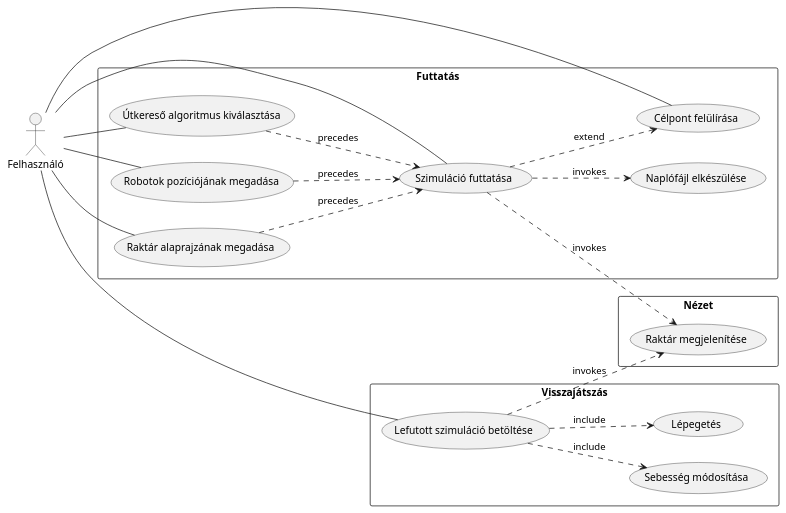
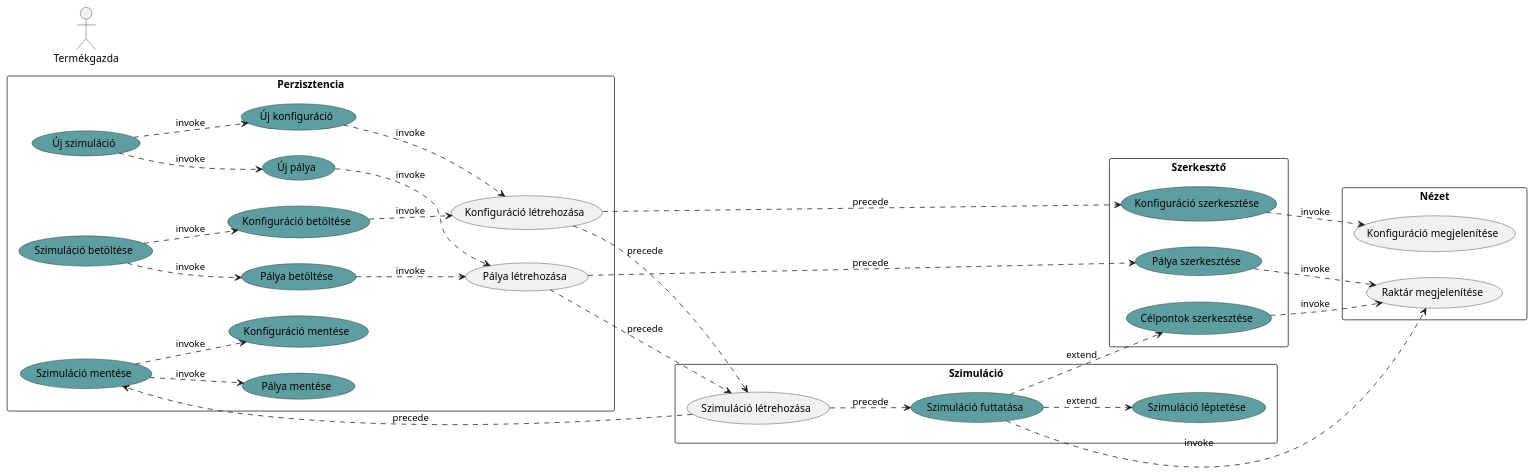
The diagram in uml/usecase.pu (monkeysoop/csapat3), drawn with PlantUML before and after one commit. The commit also changed 16 other files, not shown here.

```diff
--- a/uml/usecase.pu
+++ b/uml/usecase.pu
@@ -1,31 +1,87 @@
 @startuml usecase
 left to right direction
 skinparam monochrome false
-actor U as "Felhasználó"
+actor U as "Termékgazda"
+rectangle Szerkesztő {
+    (Konfiguráció szerkesztése) #CadetBlue
+    (Pálya szerkesztése) #CadetBlue
+    (Célpontok szerkesztése) #CadetBlue
+}
 
-rectangle Futtatás {
-  U -- (Szimuláció futtatása)
-  U -- (Robotok pozíciójának megadása)
-  U -- (Raktár alaprajzának megadása)
-  U -- (Útkereső algoritmus kiválasztása)
-  U - (Célpont felülírása)
+    
+rectangle Perzisztencia {
+    (Szimuláció betöltése) #CadetBlue
+    (Szimuláció mentése) #CadetBlue
+    (Új szimuláció) #CadetBlue
+    
+    (Konfiguráció betöltése) #CadetBlue
+    (Konfiguráció mentése) #CadetBlue
+    (Új konfiguráció) #CadetBlue
 
-  (Robotok pozíciójának megadása) .-> (Szimuláció futtatása) : precedes
-  (Raktár alaprajzának megadása) .-> (Szimuláció futtatása) : precedes
-  (Útkereső algoritmus kiválasztása) .-> (Szimuláció futtatása) : precedes
-  (Szimuláció futtatása) .-> (Célpont felülírása) : extend
-  (Szimuláció futtatása) .-> (Naplófájl elkészülése) : invokes
+    (Pálya betöltése) #CadetBlue
+    (Pálya mentése) #CadetBlue
+    (Új pálya) #CadetBlue
+    
+    (Pálya létrehozása)
+    (Konfiguráció létrehozása)
+
+
+
+
+
+    (Szimuláció betöltése) .-> (Pálya betöltése) : invoke
+    (Szimuláció betöltése) .-> (Konfiguráció betöltése) : invoke
+    
+    (Szimuláció mentése) .-> (Pálya mentése) : invoke
+    (Szimuláció mentése) .-> (Konfiguráció mentése) : invoke
+    
+    (Új szimuláció) .-> (Új pálya) : invoke
+    (Új szimuláció) .-> (Új konfiguráció) : invoke
+    
+
+
+    (Új pálya) .-> (Pálya létrehozása) : invoke
+    (Pálya betöltése) .-> (Pálya létrehozása) : invoke
+    
+    (Új konfiguráció) .-> (Konfiguráció létrehozása) : invoke
+    (Konfiguráció betöltése) .-> (Konfiguráció létrehozása) : invoke
+}
+
+
+rectangle Szimuláció {
+    (Szimuláció létrehozása)
+    (Szimuláció futtatása) #CadetBlue
+    (Szimuláció léptetése) #CadetBlue
+    
+
+
+    (Szimuláció létrehozása) .-> (Szimuláció futtatása) : precede
+    (Szimuláció létrehozása) .-> (Szimuláció mentése) : precede
+    
+    (Szimuláció futtatása) .-> (Célpontok szerkesztése) : extend
+    (Szimuláció futtatása) .-> (Szimuláció léptetése) : extend
+
+
+
+    
+    (Pálya létrehozása) .-> (Szimuláció létrehozása) : precede
+    (Konfiguráció létrehozása) .-> (Szimuláció létrehozása) : precede
+
+    (Konfiguráció létrehozása) .-> (Konfiguráció szerkesztése) : precede
+    (Pálya létrehozása) .-> (Pálya szerkesztése) : precede
 }
 
 rectangle Nézet {
-  (Szimuláció futtatása) .-> (Raktár megjelenítése) : invokes
+    (Konfiguráció megjelenítése)
+    (Raktár megjelenítése)
+
+
+    (Szimuláció futtatása) .right-> (Raktár megjelenítése) : invoke
+    
+    (Konfiguráció szerkesztése) .-> (Konfiguráció megjelenítése) : invoke
+    (Pálya szerkesztése) .-> (Raktár megjelenítése) : invoke
+    (Célpontok szerkesztése) .-> (Raktár megjelenítése) : invoke
 }
 
-rectangle Visszajátszás {
-  U -- (Lefutott szimuláció betöltése)
 
-  (Lefutott szimuláció betöltése) .-> (Raktár megjelenítése) : invokes
-  (Lefutott szimuláció betöltése) .-> (Sebesség módosítása) : include
-  (Lefutott szimuláció betöltése) .-> (Lépegetés) : include
-}
 @enduml
```
